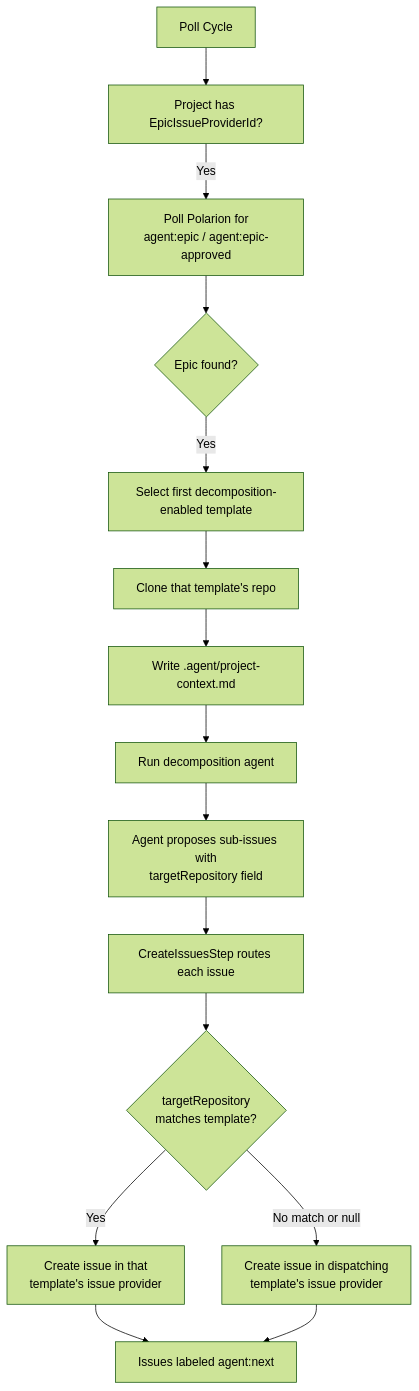
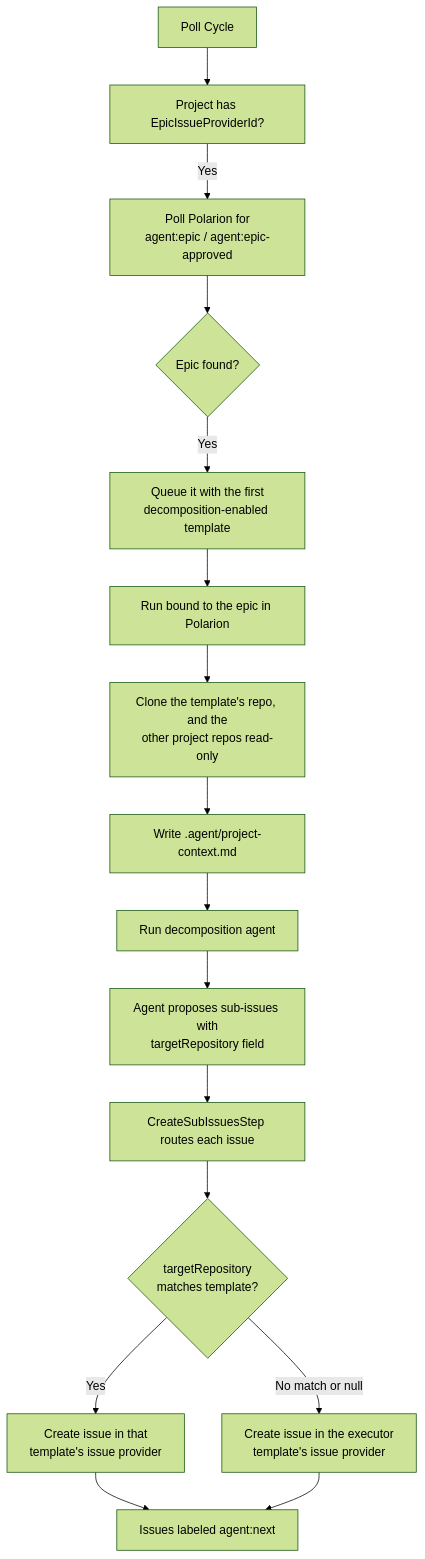
The second of 2 diagrams in docs/projects.md (Chemsorly/coding-agent-automation), drawn with Mermaid (forest theme) before and after one commit. The commit also changed other lines of this file and 47 other files, not shown here.

First line of the commit message:
feat: One epic flow; the tracker an epic lives in decides its scope

````diff
--- a/docs/projects.md
+++ b/docs/projects.md
@@ -248,19 +248,20 @@
 ```mermaid
 flowchart TD
     A[Poll Cycle] --> B[Project has EpicIssueProviderId?]
     B -->|Yes| C[Poll Polarion for<br/>agent:epic / agent:epic-approved]
     C --> D{Epic found?}
-    D -->|Yes| E[Select first decomposition-enabled template]
-    E --> F[Clone that template's repo]
-    F --> G[Write .agent/project-context.md]
-    G --> H[Run decomposition agent]
-    H --> I[Agent proposes sub-issues with<br/>targetRepository field]
-    I --> J[CreateIssuesStep routes each issue]
-    
-    J --> K{targetRepository<br/>matches template?}
-    K -->|Yes| L[Create issue in that<br/>template's issue provider]
-    K -->|No match or null| M[Create issue in dispatching<br/>template's issue provider]
-    
-    L --> N[Issues labeled agent:next]
-    M --> N
+    D -->|Yes| E[Queue it with the first<br/>decomposition-enabled template]
+    E --> F[Run bound to the epic in Polarion]
+    F --> G[Clone the template's repo, and the<br/>other project repos read-only]
+    G --> H[Write .agent/project-context.md]
+    H --> I[Run decomposition agent]
+    I --> J[Agent proposes sub-issues with<br/>targetRepository field]
+    J --> K[CreateSubIssuesStep routes each issue]
+
+    K --> L{targetRepository<br/>matches template?}
+    L -->|Yes| M[Create issue in that<br/>template's issue provider]
+    L -->|No match or null| N[Create issue in the executor<br/>template's issue provider]
+
+    M --> O[Issues labeled agent:next]
+    N --> O
 ```
````
